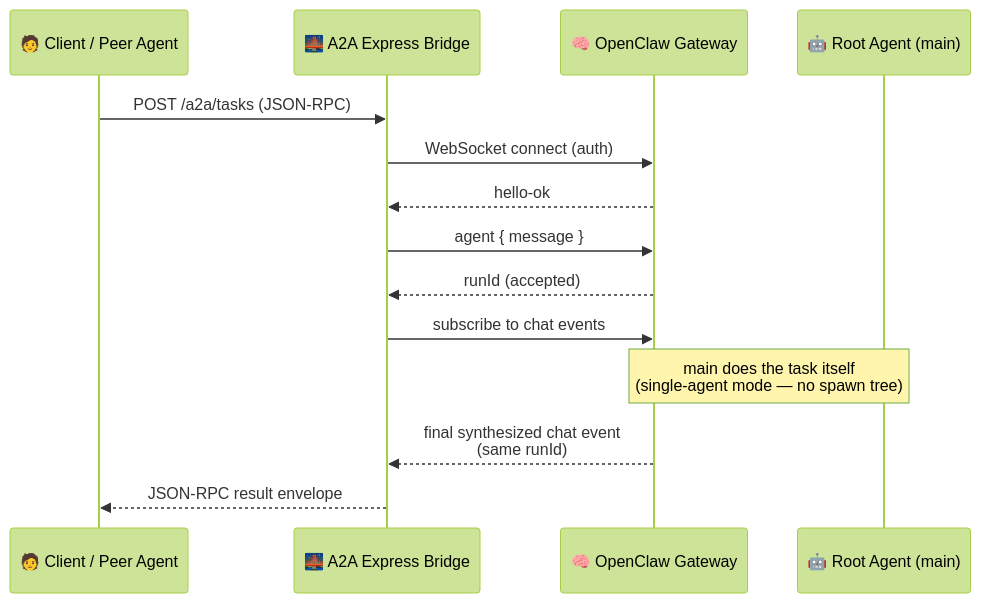
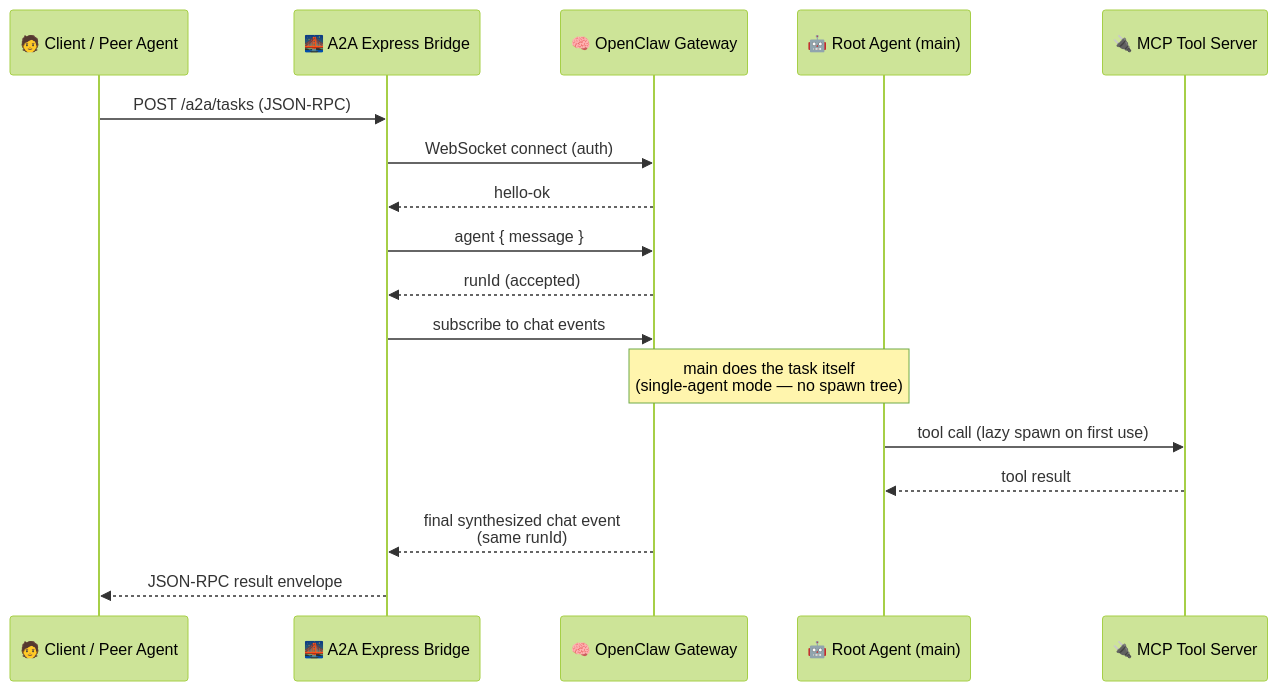
Before and after one commit to giacchetta/openclaw-a2a-bridge: the second of 4 diagrams in README.md, drawn with Mermaid (forest theme). The commit also changed other lines of this file, not shown here.

First line of the commit message:
docs(#12): show MCP servers per agent in README Mermaid diagrams

````diff
--- a/README.md
+++ b/README.md
@@ -52,17 +58,20 @@
 ```mermaid
 sequenceDiagram
     participant C as 🧑 Client / Peer Agent
     participant B as 🌉 A2A Express Bridge
     participant G as 🧠 OpenClaw Gateway
     participant M as 🤖 Root Agent (main)
+    participant MCP as 🔌 MCP Tool Server
 
     C->>B: POST /a2a/tasks (JSON-RPC)
     B->>G: WebSocket connect (auth)
     G-->>B: hello-ok
     B->>G: agent { message }
     G-->>B: runId (accepted)
     B->>G: subscribe to chat events
     Note over G,M: main does the task itself<br/>(single-agent mode — no spawn tree)
+    M->>MCP: tool call (lazy spawn on first use)
+    MCP-->>M: tool result
     G-->>B: final synthesized chat event<br/>(same runId)
     B-->>C: JSON-RPC result envelope
 ```
````
